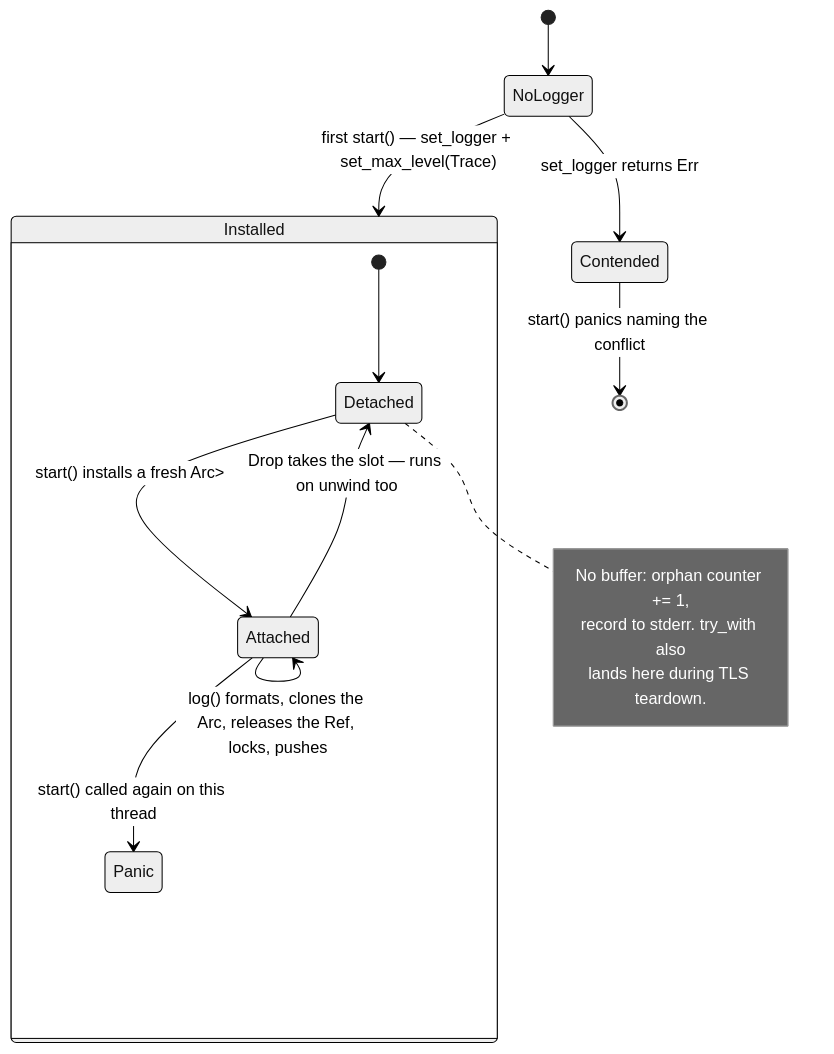
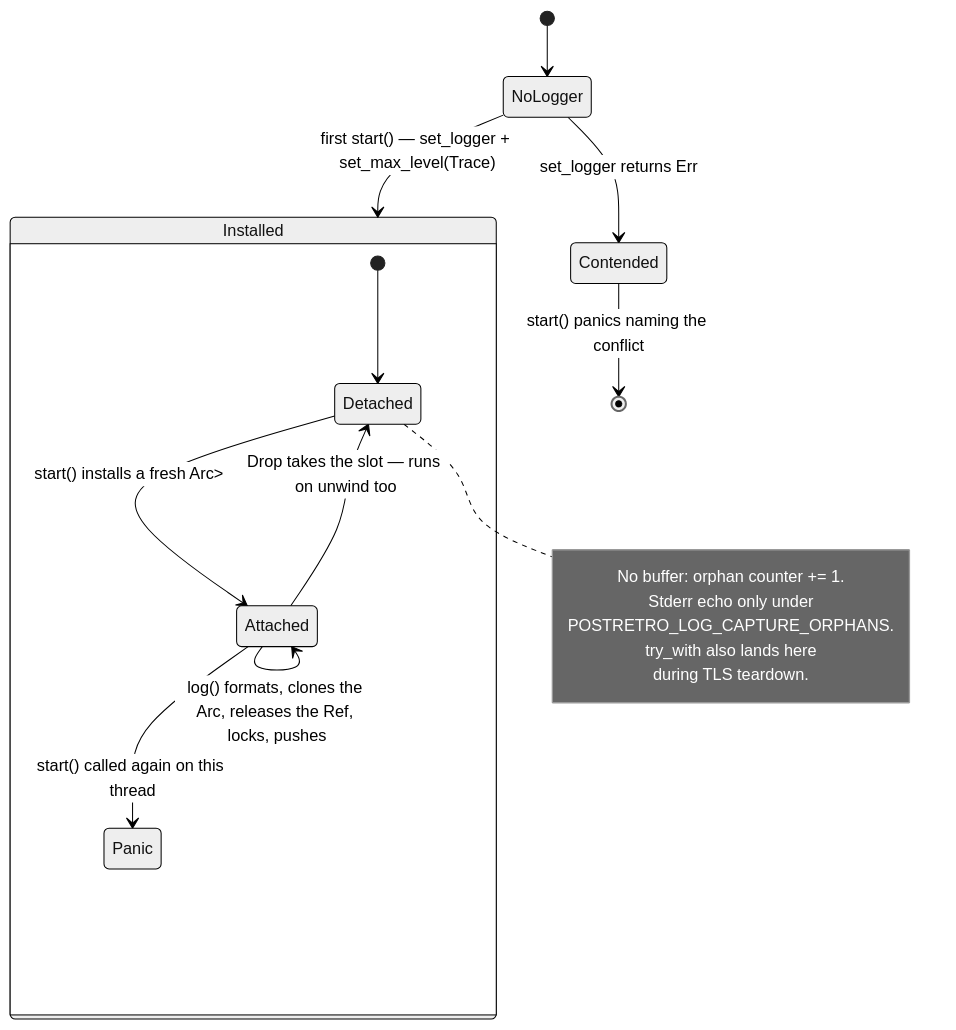
Before and after one commit to majtom2grndctrl/postretro: the diagram in context/plans/drafts/test-log-capture/research.md, drawn with Mermaid (neutral theme). The commit also changed other lines of this file and 1 other file, not shown here.

````diff
--- a/context/plans/drafts/test-log-capture/research.md
+++ b/context/plans/drafts/test-log-capture/research.md
@@ -139,21 +142,23 @@
 ```mermaid
 stateDiagram-v2
     [*] --> NoLogger
     NoLogger --> Installed : first start() — set_logger + set_max_level(Trace)
     NoLogger --> Contended : set_logger returns Err
     Contended --> [*] : start() panics naming the conflict
 
     state Installed {
         [*] --> Detached
         Detached --> Attached : start() installs a fresh Arc<Mutex<Vec>>
         Attached --> Attached : log() formats, clones the Arc, releases the Ref, locks, pushes
         Attached --> Detached : Drop takes the slot — runs on unwind too
         Attached --> Panic : start() called again on this thread
     }
 
     note right of Detached
-        No buffer: orphan counter += 1,
-        record to stderr. try_with also
-        lands here during TLS teardown.
+        No buffer: orphan counter += 1.
+        Stderr echo only under
+        POSTRETRO_LOG_CAPTURE_ORPHANS.
+        try_with also lands here
+        during TLS teardown.
     end note
 ```
````
